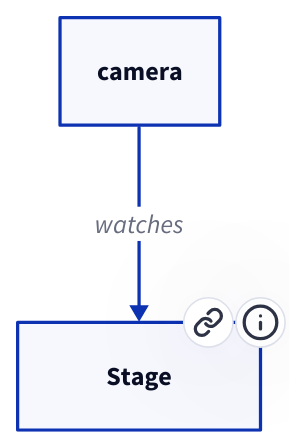
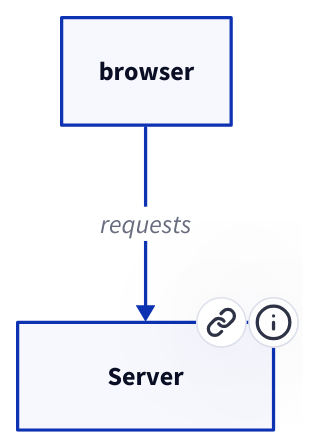
The third of 5 diagrams in docs/index.md (redsun-acquisition/markdown-d2), drawn with D2 before and after one commit. The commit also changed other lines of this file and 4 other files, not shown here.

````diff
--- a/docs/index.md
+++ b/docs/index.md
@@ -67,7 +67,7 @@
 ```d2
-stage: Stage {
-  tooltip: Moves the sample in X and Y
+server: Server {
+  tooltip: Answers requests from the browser
   link: https://d2lang.com/tour/interactive
 }
-camera -> stage: watches
+browser -> server: requests
 ```
````
